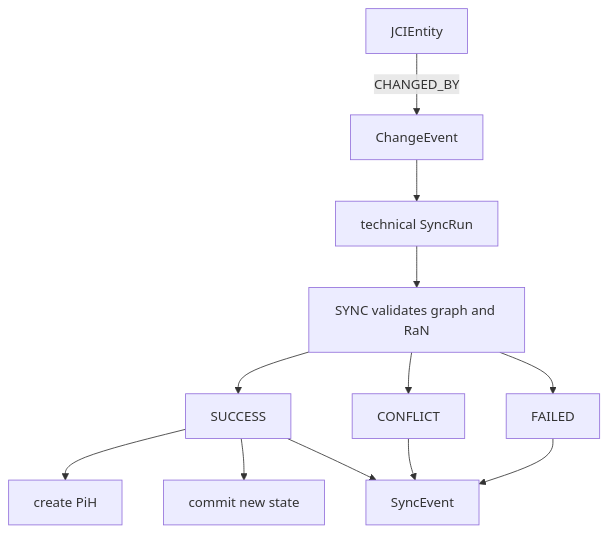
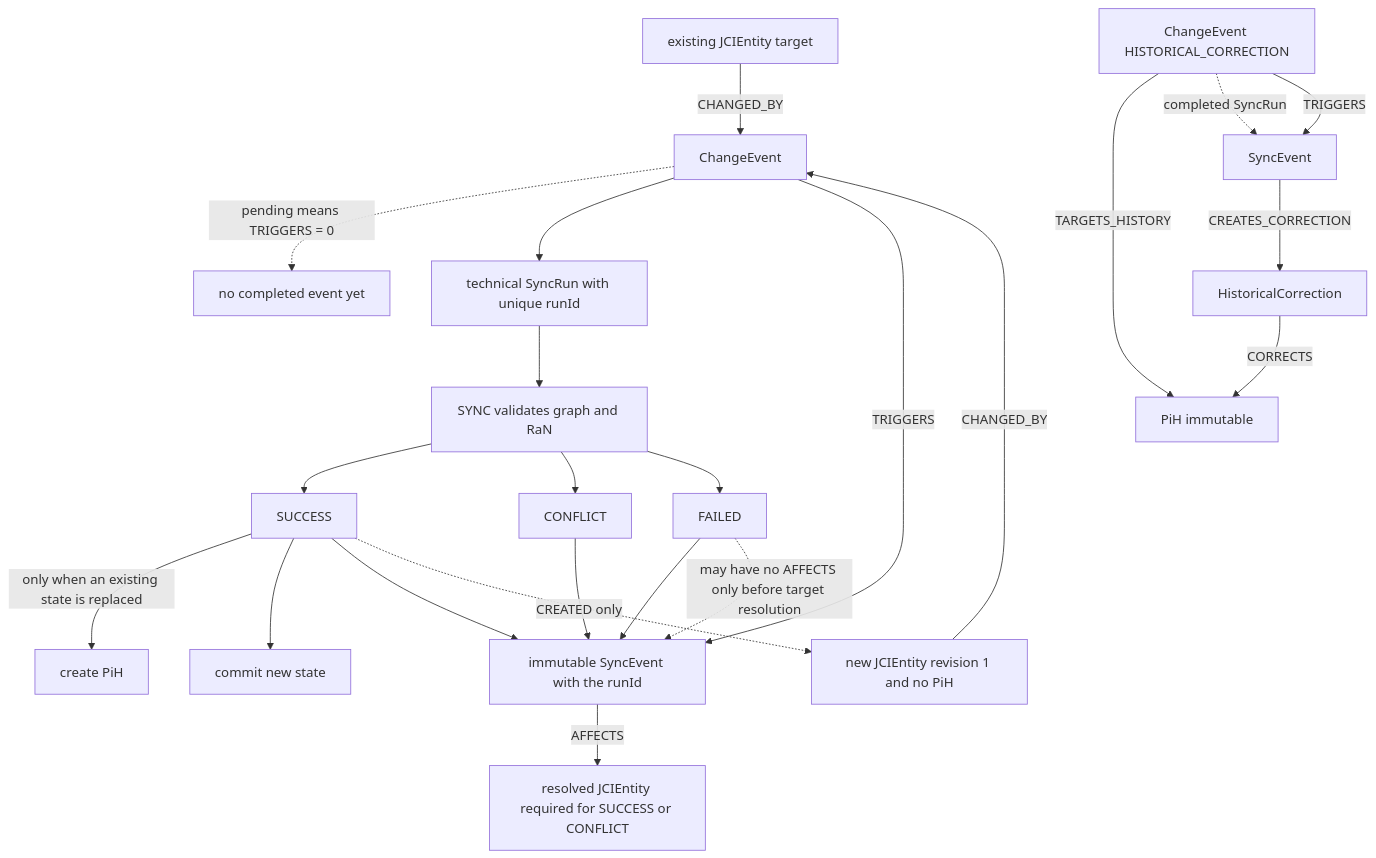
The diagram in docs/diagrams/sources/sync-history.mmd (eeimicke/junaco-jci-loop), drawn with Mermaid before and after one commit. The commit also changed 29 other files, not shown here.

```diff
--- a/docs/diagrams/sources/sync-history.mmd
+++ b/docs/diagrams/sources/sync-history.mmd
@@ -1,12 +1,23 @@
 flowchart TD
-    Entity[JCIEntity] -->|CHANGED_BY| ChangeEvent
-    ChangeEvent --> Run[technical SyncRun]
+    Entity[existing JCIEntity target] -->|CHANGED_BY| ChangeEvent
+    ChangeEvent -. pending means TRIGGERS = 0 .-> Pending[no completed event yet]
+    ChangeEvent --> Run[technical SyncRun with unique runId]
     Run --> Check[SYNC validates graph and RaN]
     Check --> Success[SUCCESS]
     Check --> Conflict[CONFLICT]
     Check --> Failed[FAILED]
-    Success --> History[create PiH]
+    Success -->|only when an existing state is replaced| History[create PiH]
     Success --> Current[commit new state]
-    Success --> SyncEvent
+    Success --> SyncEvent[immutable SyncEvent with the runId]
     Conflict --> SyncEvent
     Failed --> SyncEvent
+    ChangeEvent -->|TRIGGERS| SyncEvent
+    SyncEvent -->|AFFECTS| Affected[resolved JCIEntity required for SUCCESS or CONFLICT]
+    Failed -. may have no AFFECTS only before target resolution .-> SyncEvent
+    Success -. CREATED only .-> NewEntity[new JCIEntity revision 1 and no PiH]
+    NewEntity -->|CHANGED_BY| ChangeEvent
+    CorrectionEvent[ChangeEvent HISTORICAL_CORRECTION] -->|TARGETS_HISTORY| ExistingHistory[PiH immutable]
+    CorrectionEvent -. completed SyncRun .-> CorrectionSyncEvent[SyncEvent]
+    CorrectionEvent -->|TRIGGERS| CorrectionSyncEvent
+    CorrectionSyncEvent -->|CREATES_CORRECTION| Correction[HistoricalCorrection]
+    Correction -->|CORRECTS| ExistingHistory
```
